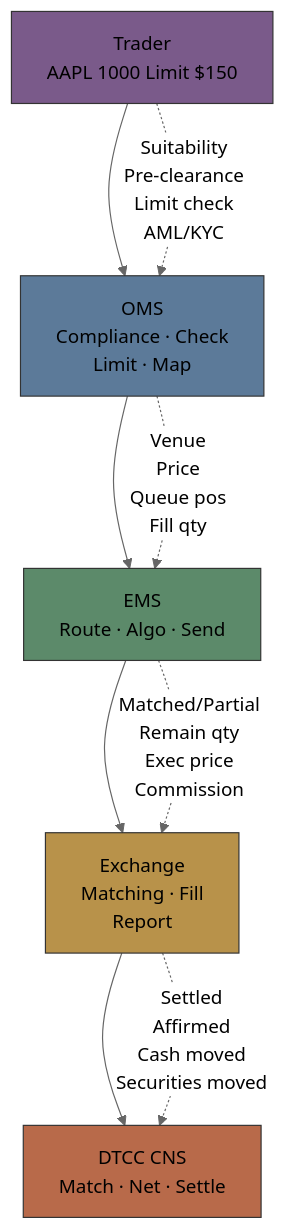
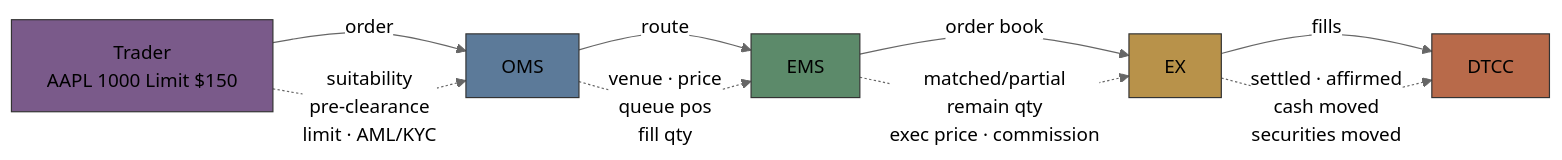
One commit to adamaiken89/course-content changed the fourth of 5 diagrams in brokerage-ops/modules/01-trade-lifecycle/lesson.md. Above: the diagram before and after it, drawn with Mermaid (neutral theme). The commit also changed 34 other files, not shown here.

First line of the commit message:
content(brokerage-ops): rework Data Flow diagram to left-to-right labeled flow

````diff
--- a/brokerage-ops/modules/01-trade-lifecycle/lesson.md
+++ b/brokerage-ops/modules/01-trade-lifecycle/lesson.md
@@ -164,18 +164,18 @@
 ```mermaid
-graph TD
-    T["Trader<br/>AAPL 1000 Limit $150"] --> OMS
-    OMS["OMS<br/>Compliance · Check<br/>Limit · Map"] --> EMS
-    EMS["EMS<br/>Route · Algo · Send"] --> EX["Exchange<br/>Matching · Fill<br/>Report"]
-    EX --> DTCC["DTCC CNS<br/>Match · Net · Settle"]
+graph LR
+    T["Trader<br/>AAPL 1000 Limit $150"] --> |"order"| OMS
+    OMS --> |"route"| EMS
+    EMS --> |"order book"| EX
+    EX --> |"fills"| DTCC
 
-    T -.-> |"Suitability<br/>Pre-clearance<br/>Limit check<br/>AML/KYC"| OMS
-    OMS -.-> |"Venue<br/>Price<br/>Queue pos<br/>Fill qty"| EMS
-    EMS -.-> |"Matched/Partial<br/>Remain qty<br/>Exec price<br/>Commission"| EX
-    EX -.-> |"Settled<br/>Affirmed<br/>Cash moved<br/>Securities moved"| DTCC
+    T -. "suitability<br/>pre-clearance<br/>limit · AML/KYC" .-> OMS
+    OMS -. "venue · price<br/>queue pos<br/>fill qty" .-> EMS
+    EMS -. "matched/partial<br/>remain qty<br/>exec price · commission" .-> EX
+    EX -. "settled · affirmed<br/>cash moved<br/>securities moved" .-> DTCC
 
     style T fill:#7a5a8a,stroke:#333
     style OMS fill:#5c7a99,stroke:#333
     style EMS fill:#5c8a6a,stroke:#333
     style EX fill:#b8924a,stroke:#333
     style DTCC fill:#b86a4a,stroke:#333
 ```
````
